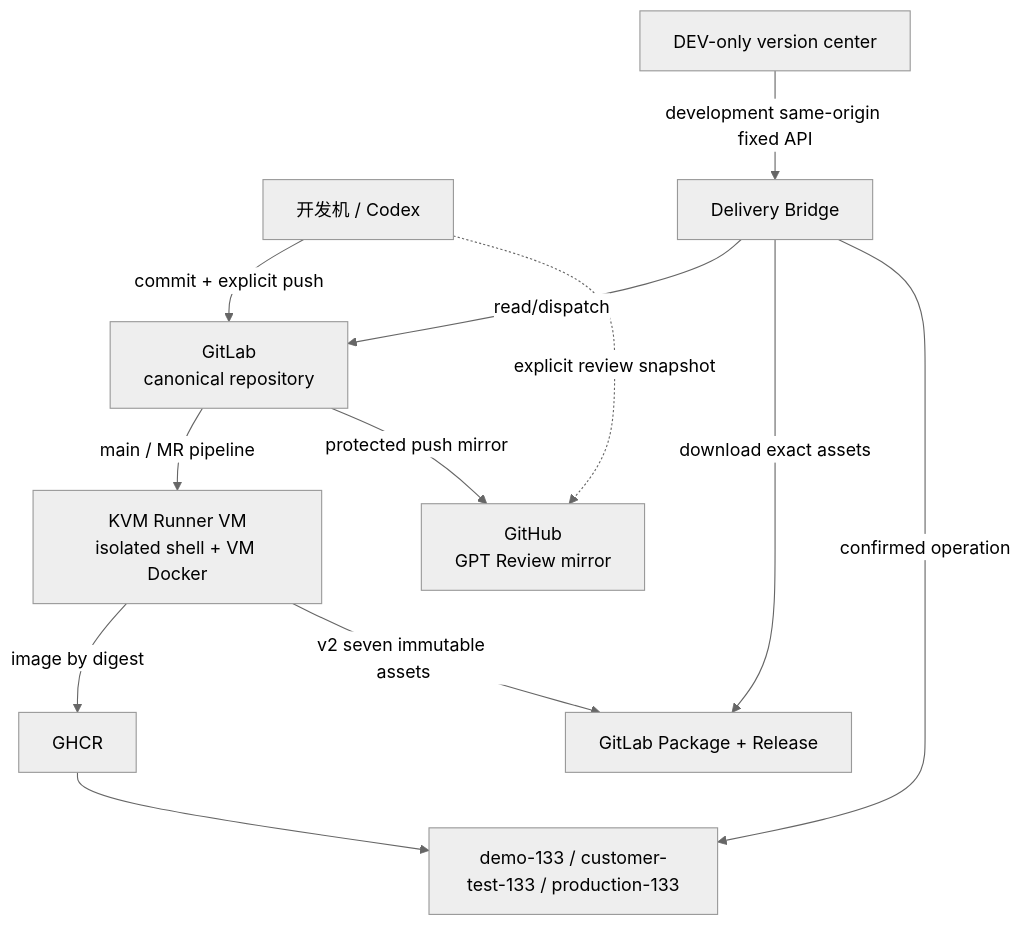
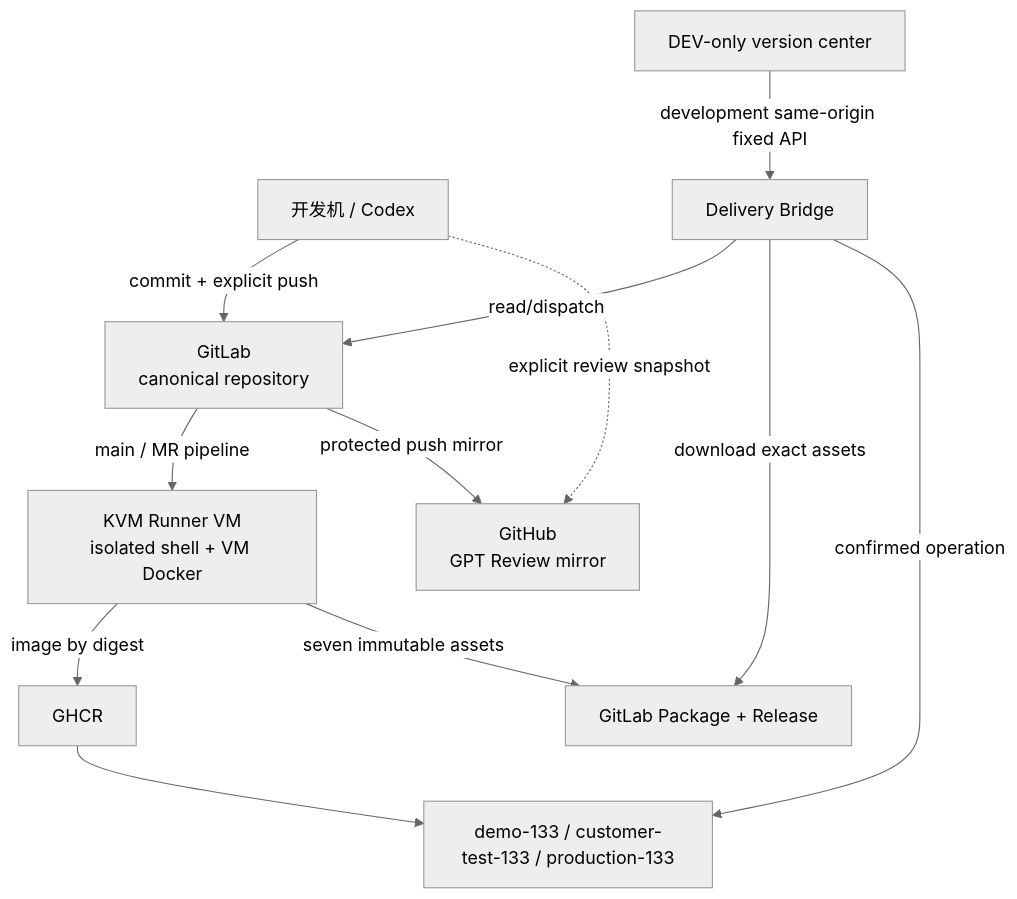
The first of 3 diagrams in docs/engineering/研发效能工作台与CI-CD设计.md (saurick/plush-toy-erp), drawn with Mermaid (neutral theme) before and after one commit. The commit also changed other lines of this file and 72 other files, not shown here.

Commit message:
refactor(delivery): 统一 GitLab 交付并移除发布清单编号

````diff
--- a/docs/engineering/研发效能工作台与CI-CD设计.md
+++ b/docs/engineering/研发效能工作台与CI-CD设计.md
@@ -28,14 +28,14 @@
 ```mermaid
 flowchart TB
   L["开发机 / Codex"] -->|commit + explicit push| G["GitLab<br/>canonical repository"]
   L -.->|explicit review snapshot| H
   G -->|main / MR pipeline| R["KVM Runner VM<br/>isolated shell + VM Docker"]
   G -->|protected push mirror| H["GitHub<br/>GPT Review mirror"]
   R -->|image by digest| C["GHCR"]
-  R -->|v2 seven immutable assets| P["GitLab Package + Release"]
+  R -->|seven immutable assets| P["GitLab Package + Release"]
   W["DEV-only version center"] -->|development same-origin fixed API| B["Delivery Bridge"]
   B -->|read/dispatch| G
   B -->|download exact assets| P
   B -->|confirmed operation| T["demo-133 / customer-test-133 / production-133"]
   C --> T
 ```
````
